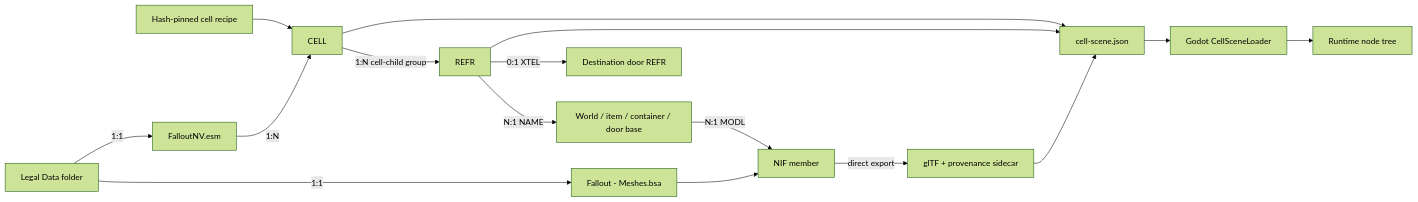
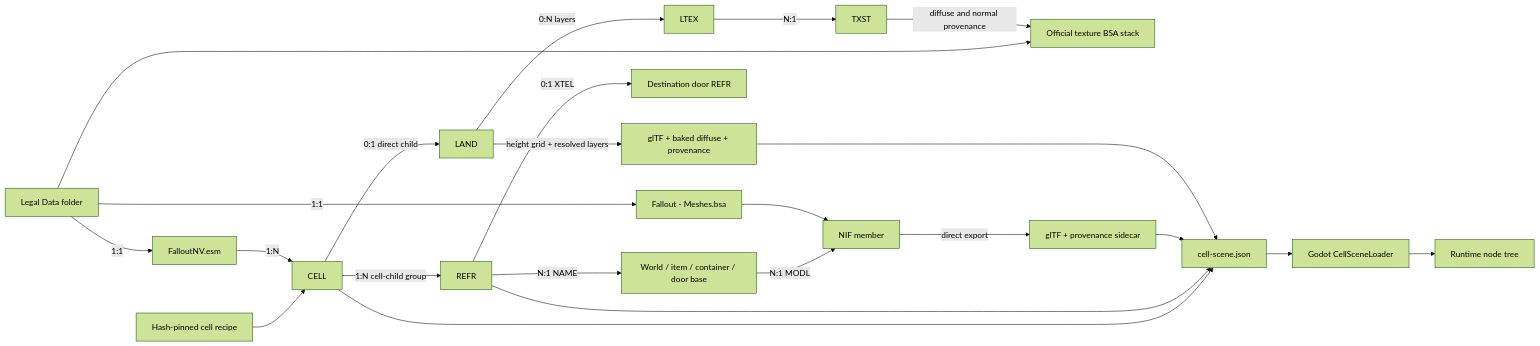
One commit to nikamigaming-create/OpenNV changed the first of 5 diagrams in docs/architecture.md. Above: the diagram before and after it, drawn with Mermaid (forest theme). The commit also changed other lines of this file and 22 other files, not shown here.

````diff
--- a/docs/architecture.md
+++ b/docs/architecture.md
@@ -16,18 +16,25 @@
 ```mermaid
 flowchart LR
     Install[Legal Data folder] -->|1:1| Master[FalloutNV.esm]
     Install -->|1:1| MeshesBsa[Fallout - Meshes.bsa]
+    Install --> TexturesBsa[Official texture BSA stack]
     Recipe[Hash-pinned cell recipe] --> Cell
     Master -->|1:N| Cell[CELL]
+    Cell -->|0:1 direct child| Land[LAND]
     Cell -->|1:N cell-child group| Ref[REFR]
     Ref -->|N:1 NAME| Base[World / item / container / door base]
     Ref -->|0:1 XTEL| DoorTarget[Destination door REFR]
     Base -->|N:1 MODL| Nif[NIF member]
     MeshesBsa --> Nif
     Nif -->|direct export| Gltf[glTF + provenance sidecar]
+    Land -->|0:N layers| Ltex[LTEX]
+    Ltex -->|N:1| Txst[TXST]
+    Txst -->|diffuse and normal provenance| TexturesBsa
+    Land -->|height grid + resolved layers| LandGltf[glTF + baked diffuse + provenance]
     Cell --> Scene[cell-scene.json]
     Ref --> Scene
     Gltf --> Scene
+    LandGltf --> Scene
     Scene --> Loader[Godot CellSceneLoader]
     Loader --> Tree[Runtime node tree]
 ```
````
